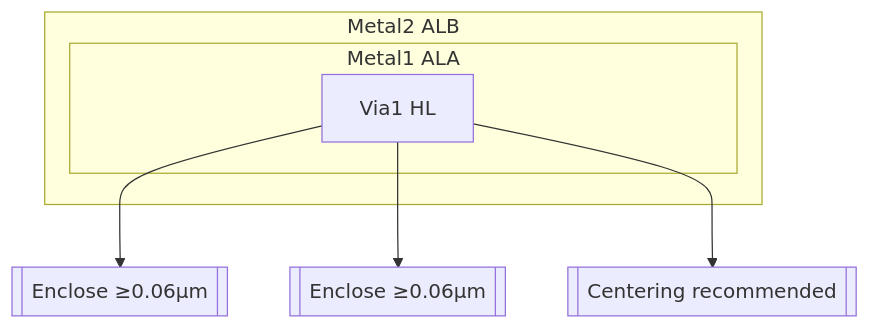
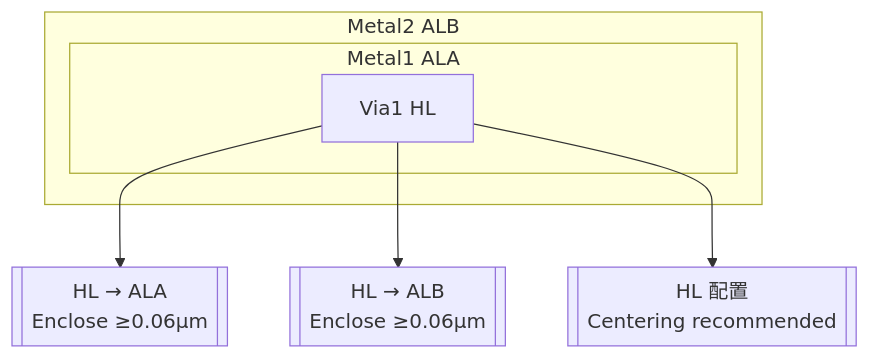
One commit to Samizo-AITL/Edusemi-v4x changed the second of 2 diagrams in d_chapter4_layout_optimization/layer_overlay_reference.md. Above: the diagram before and after it, drawn with Mermaid. The commit also changed other lines of this file, not shown here.

````diff
--- a/d_chapter4_layout_optimization/layer_overlay_reference.md
+++ b/d_chapter4_layout_optimization/layer_overlay_reference.md
@@ -84,19 +86,18 @@
 ```mermaid
 flowchart TD
-    %% 入れ子構造
     subgraph ALB [Metal2 ALB]
         subgraph ALA [Metal1 ALA]
             HL[Via1 HL]
         end
     end
 
     %% --- 注記ノード ---
-    Note1[[Enclose ≥0.06µm]]
-    Note2[[Enclose ≥0.06µm]]
-    Note3[[Centering recommended]]
+    Note1[[HL → ALA<br/>Enclose ≥0.06µm]]
+    Note2[[HL → ALB<br/>Enclose ≥0.06µm]]
+    Note3[[HL 配置<br/>Centering recommended]]
 
     %% --- 関連付け ---
     HL --> Note1
     HL --> Note2
     HL --> Note3
 ```
````
